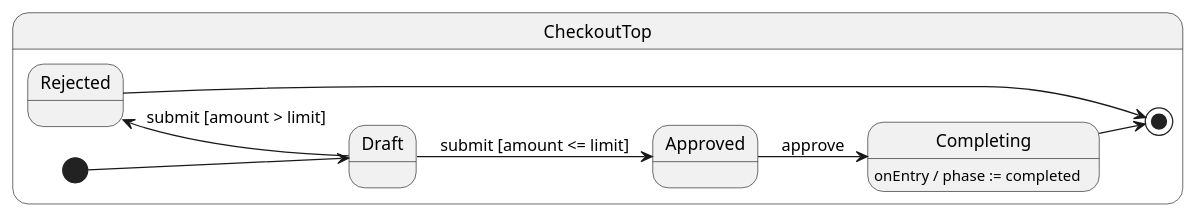
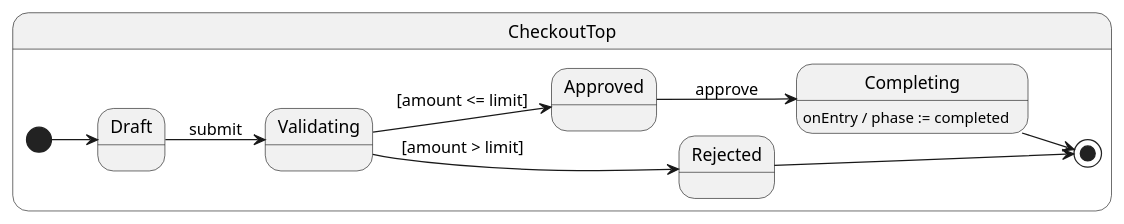
Before and after one commit to filasieno/ihsm: the diagram in tutorials/15-complex-workflow/README.md, drawn with PlantUML. The commit also changed other lines of this file and 183 other files, not shown here.

````diff
--- a/tutorials/15-complex-workflow/README.md
+++ b/tutorials/15-complex-workflow/README.md
@@ -13,16 +13,18 @@
 ```plantuml
 @startuml
 left to right direction
 skinparam ranksep 30
 skinparam nodesep 25
 state CheckoutTop {
   [*] --> Draft
-  Draft -down-> Approved : submit [amount <= limit]
-  Draft -up-> Rejected : submit [amount > limit]
+  Draft --> Validating : submit
+  state Validating <<choice>>
+  Validating --> Approved : [amount <= limit]
+  Validating --> Rejected : [amount > limit]
   Approved --> Completing : approve
   Completing : onEntry / phase := completed
   Rejected --> [*]
   Completing --> [*]
 }
 @enduml
 ```
````
